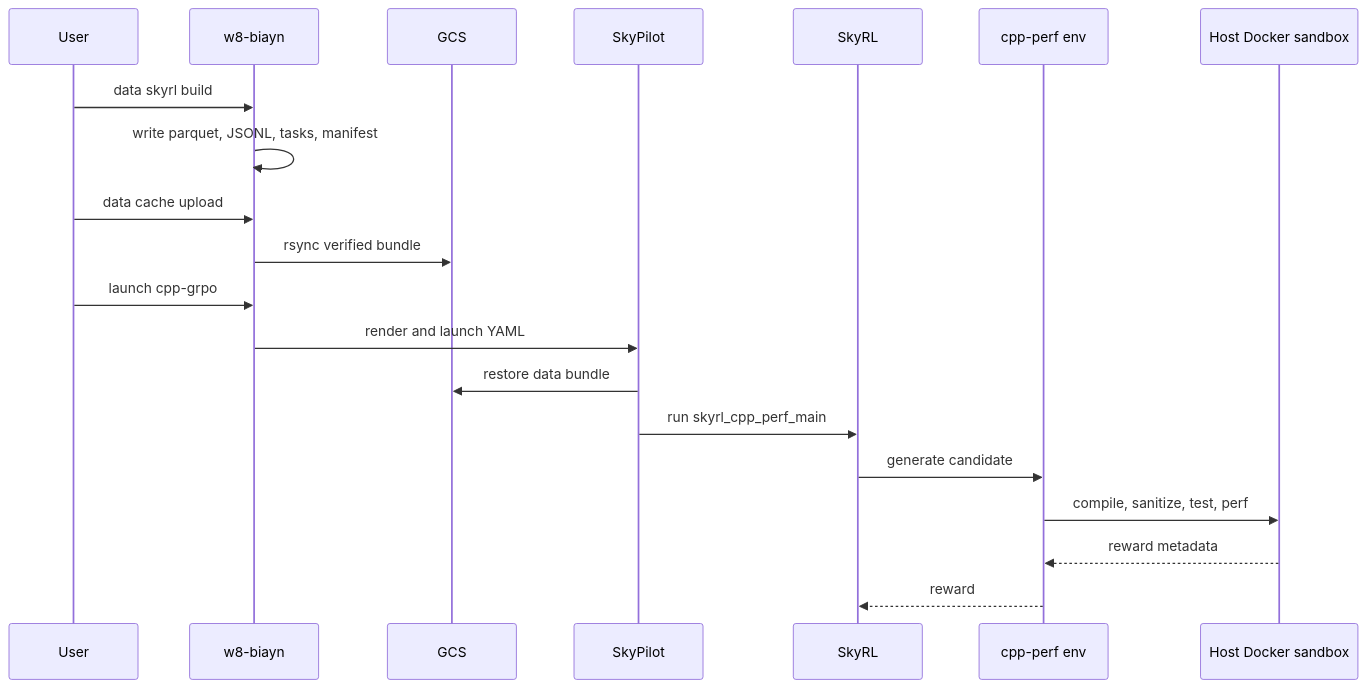
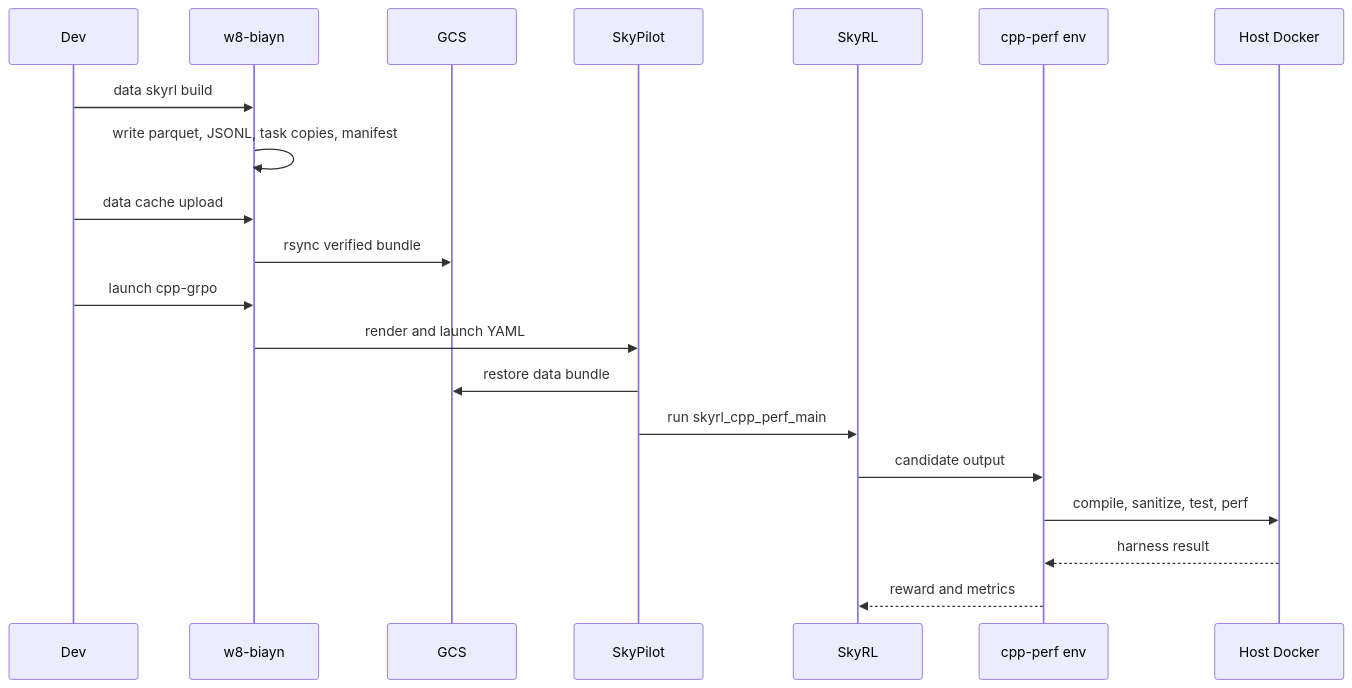
Before and after one commit to sandys/browser-is-all-you-need: the second of 2 diagrams in README.md, drawn with Mermaid. The commit also changed other lines of this file and 2 other files, not shown here.

````diff
--- a/README.md
+++ b/README.md
@@ -225,23 +63,23 @@
 ```mermaid
 sequenceDiagram
-  participant User
+  participant Dev
   participant CLI as w8-biayn
   participant GCS
   participant Sky as SkyPilot
   participant SkyRL
   participant Env as cpp-perf env
-  participant Docker as Host Docker sandbox
+  participant Docker as Host Docker
 
-  User->>CLI: data skyrl build
-  CLI->>CLI: write parquet, JSONL, tasks, manifest
-  User->>CLI: data cache upload
+  Dev->>CLI: data skyrl build
+  CLI->>CLI: write parquet, JSONL, task copies, manifest
+  Dev->>CLI: data cache upload
   CLI->>GCS: rsync verified bundle
-  User->>CLI: launch cpp-grpo
+  Dev->>CLI: launch cpp-grpo
   CLI->>Sky: render and launch YAML
   Sky->>GCS: restore data bundle
   Sky->>SkyRL: run skyrl_cpp_perf_main
-  SkyRL->>Env: generate candidate
+  SkyRL->>Env: candidate output
   Env->>Docker: compile, sanitize, test, perf
-  Docker-->>Env: reward metadata
-  Env-->>SkyRL: reward
+  Docker-->>Env: harness result
+  Env-->>SkyRL: reward and metrics
 ```
````
